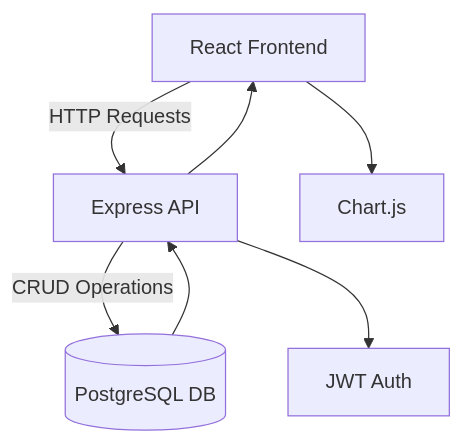
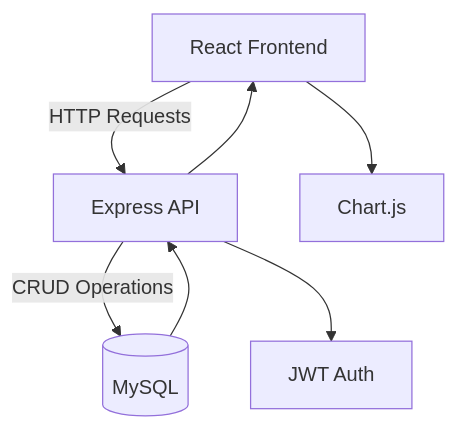
The diagram in README.md (YAS-1/Daystar_Daycare), drawn with Mermaid before and after one commit.

````diff
--- a/README.md
+++ b/README.md
@@ -60,9 +60,9 @@
 ```mermaid
 graph TD
   A[React Frontend] -->|HTTP Requests| B[Express API]
-  B -->|CRUD Operations| C[(PostgreSQL DB)]
+  B -->|CRUD Operations| C[(MySQL)]
   C --> B
   B --> A
   A --> D[Chart.js]
   B --> E[JWT Auth]
 ```
````
